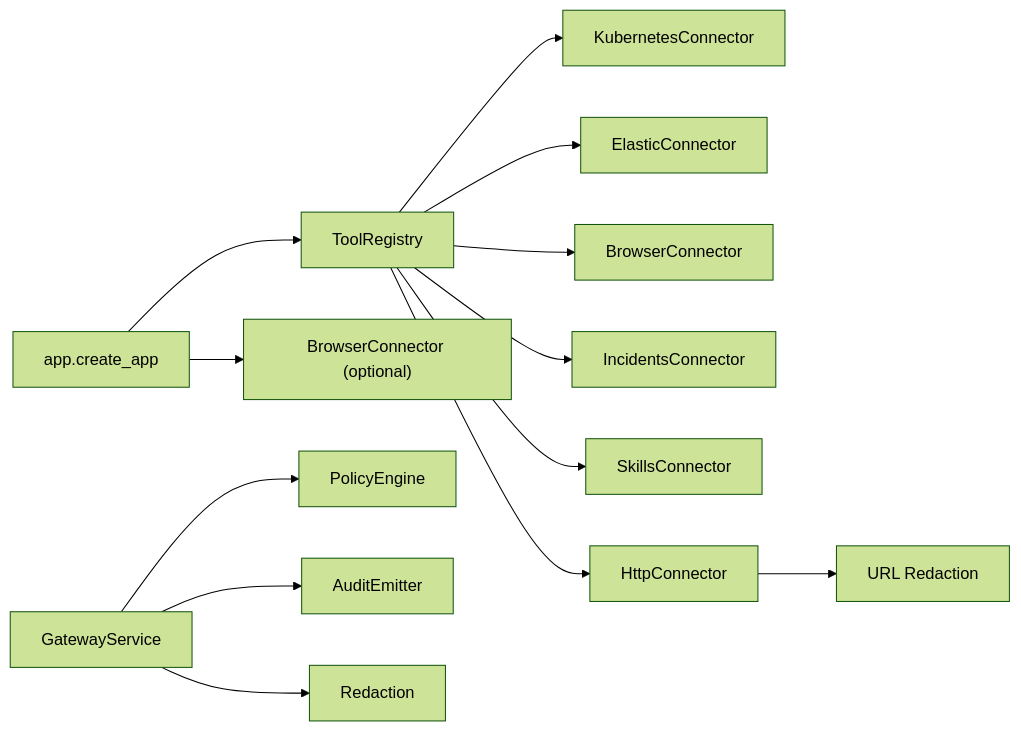
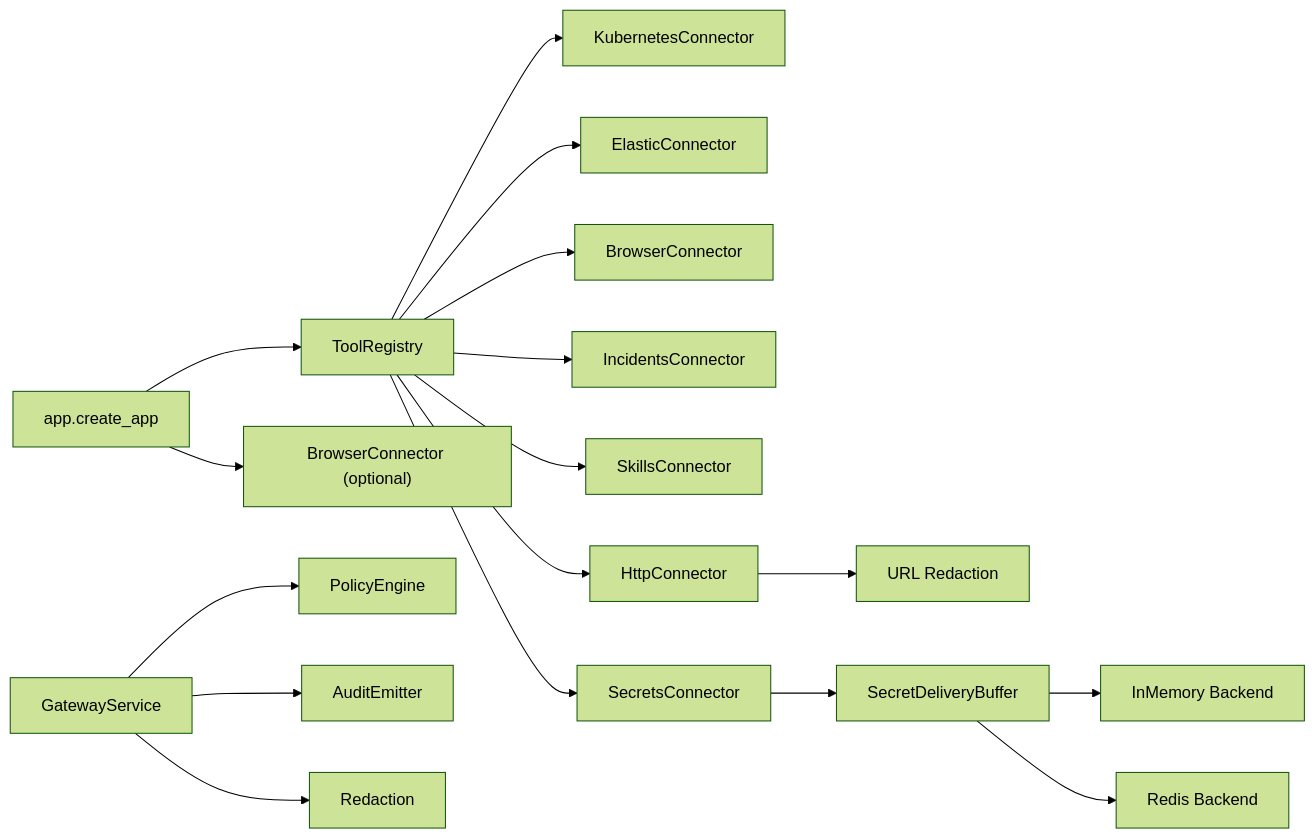
One commit to metasync/luban-aiops changed diagram 12 of 12 in .qoder/repowiki/en/content/Core Services/Tool Gateway/Tool Gateway.md. Above: the diagram before and after it, drawn with Mermaid (forest theme). The commit also changed other lines of this file and 56 other files, not shown here.

First line of the commit message:
docs: refresh repowiki knowledge cache (SPEC-062 secret delivery, v0.42.0)

````diff
--- a/.qoder/repowiki/en/content/Core Services/Tool Gateway/Tool Gateway.md
+++ b/.qoder/repowiki/en/content/Core Services/Tool Gateway/Tool Gateway.md
@@ -468,15 +588,19 @@
 ```mermaid
 graph LR
 App["app.create_app"] --> Reg["ToolRegistry"]
 App --> Browser["BrowserConnector (optional)"]
 Reg --> K8s["KubernetesConnector"]
 Reg --> ES["ElasticConnector"]
 Reg --> Br["BrowserConnector"]
 Reg --> Inc["IncidentsConnector"]
 Reg --> Sk["SkillsConnector"]
 Reg --> Http["HttpConnector"]
+Reg --> Secrets["SecretsConnector"]
 Http --> UrlRedact["URL Redaction"]
+Secrets --> Buffer["SecretDeliveryBuffer"]
+Buffer --> Memory["InMemory Backend"]
+Buffer --> Redis["Redis Backend"]
 GS["GatewayService"] --> PE["PolicyEngine"]
 GS --> AE["AuditEmitter"]
 GS --> RD["Redaction"]
 ```
````
